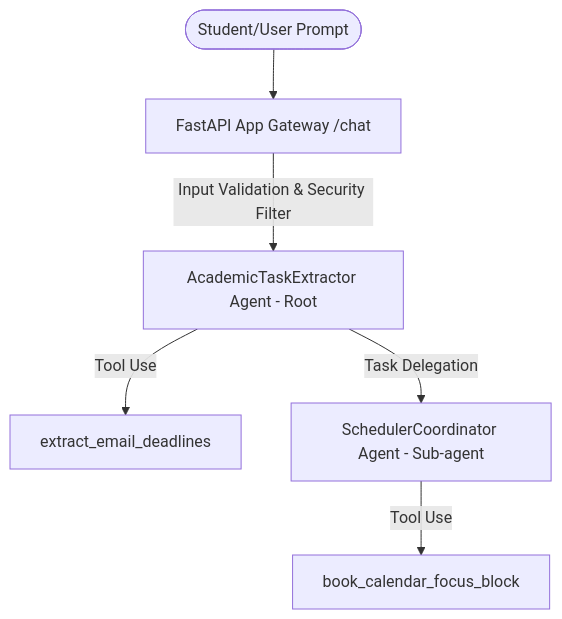
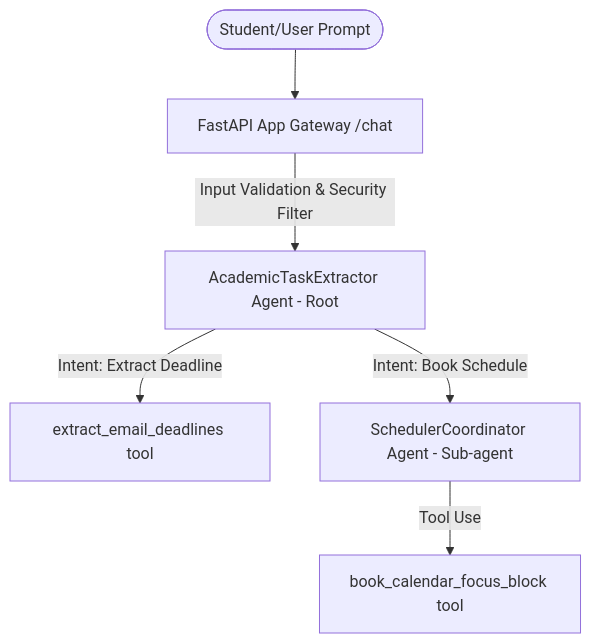
One commit to Saibts/student-life-concierge-app changed the diagram in README.md. Above: the diagram before and after it, drawn with Mermaid. The commit also changed other lines of this file, not shown here.

Commit message:
docs: clarify setup instructions and improve intent-based routing branches in Mermaid diagram

````diff
--- a/README.md
+++ b/README.md
@@ -21,8 +21,10 @@
 ```mermaid
 graph TD
     User([Student/User Prompt]) --> API[FastAPI App Gateway /chat]
     API -->|Input Validation & Security Filter| Extractor[AcademicTaskExtractor Agent - Root]
-    Extractor -->|Tool Use| EmailTool[extract_email_deadlines]
-    Extractor -->|Task Delegation| Scheduler[SchedulerCoordinator Agent - Sub-agent]
-    Scheduler -->|Tool Use| CalendarTool[book_calendar_focus_block]
+    
+    Extractor -->|Intent: Extract Deadline| EmailTool[extract_email_deadlines tool]
+    Extractor -->|Intent: Book Schedule| Scheduler[SchedulerCoordinator Agent - Sub-agent]
+    
+    Scheduler -->|Tool Use| CalendarTool[book_calendar_focus_block tool]
 ```
````
